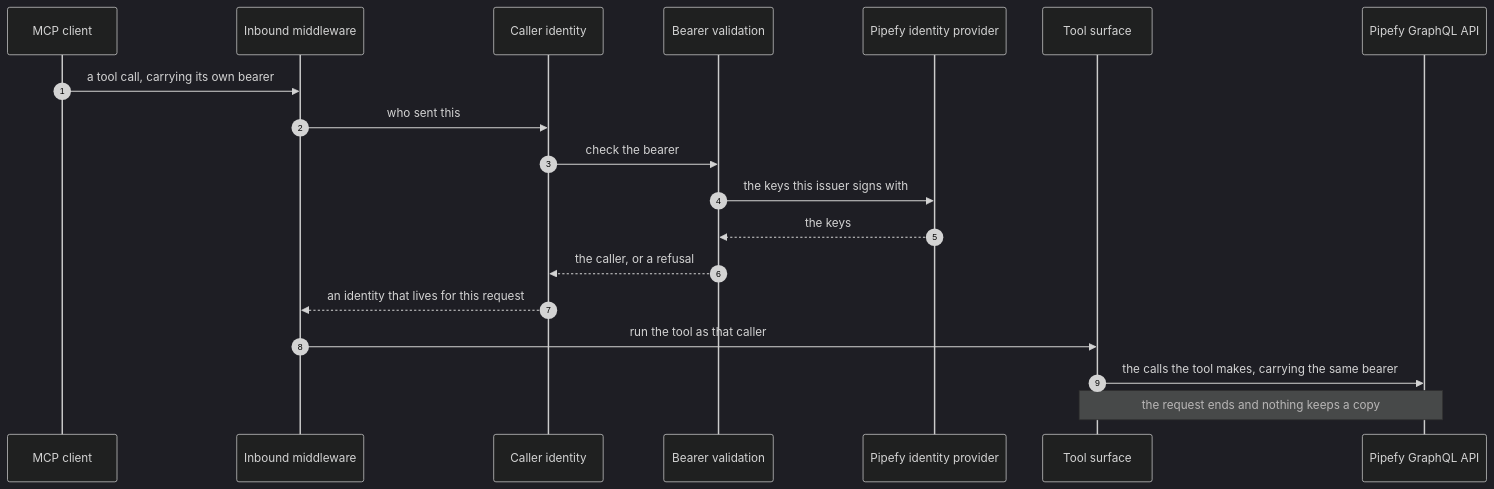
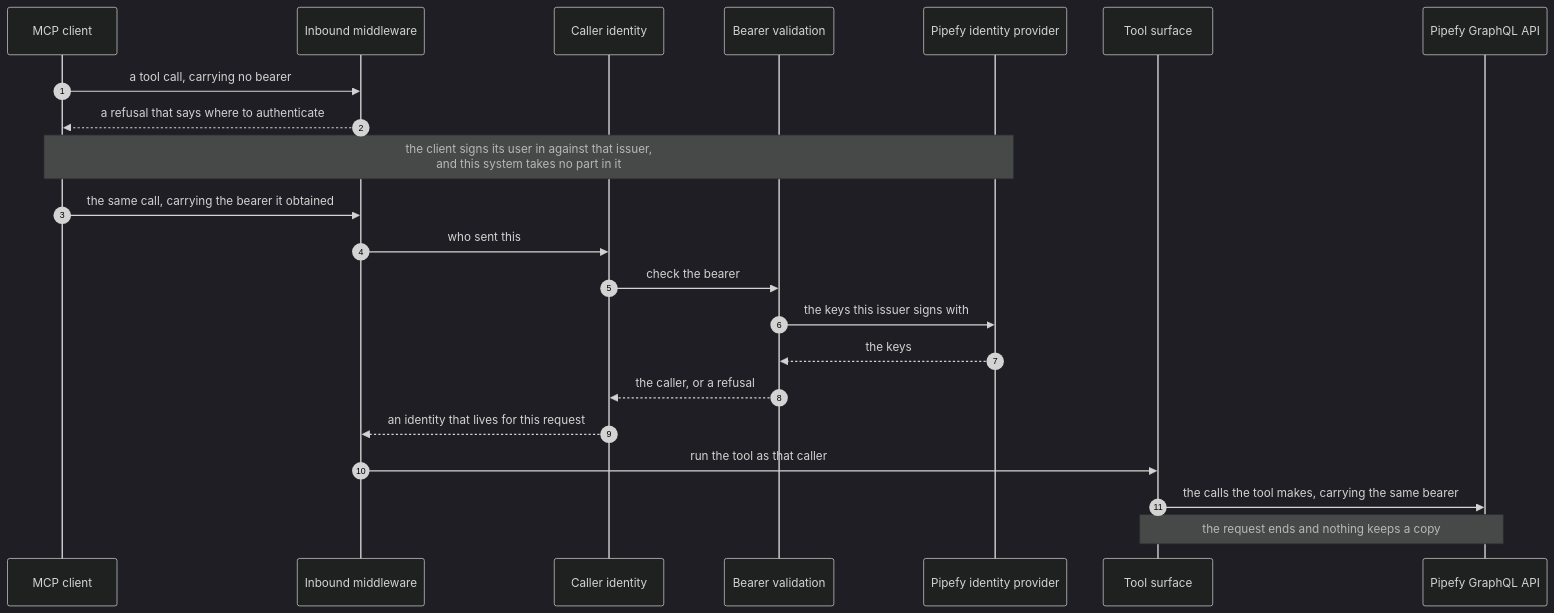
Before and after one commit to abhinyaay/ai-toolkit: the ninth of 10 diagrams in docs/contributing/architecture.md, drawn with Mermaid (dark theme). The commit also changed other lines of this file, not shown here.

Commit message:
docs: divide the remote roles between client and resource server

````diff
--- a/docs/contributing/architecture.md
+++ b/docs/contributing/architecture.md
@@ -512,22 +514,25 @@
 ```mermaid
 sequenceDiagram
     autonumber
     participant Client as MCP client
     participant Middleware as Inbound middleware
     participant Caller as Caller identity
     participant Verify as Bearer validation
     participant Idp as Pipefy identity provider
     participant Tool as Tool surface
     participant Api as Pipefy GraphQL API
 
-    Client->>Middleware: a tool call, carrying its own bearer
+    Client->>Middleware: a tool call, carrying no bearer
+    Middleware-->>Client: a refusal that says where to authenticate
+    Note over Client,Idp: the client signs its user in against that issuer,<br/>and this system takes no part in it
+    Client->>Middleware: the same call, carrying the bearer it obtained
     Middleware->>Caller: who sent this
     Caller->>Verify: check the bearer
     Verify->>Idp: the keys this issuer signs with
     Idp-->>Verify: the keys
     Verify-->>Caller: the caller, or a refusal
     Caller-->>Middleware: an identity that lives for this request
     Middleware->>Tool: run the tool as that caller
     Tool->>Api: the calls the tool makes, carrying the same bearer
     Note over Tool,Api: the request ends and nothing keeps a copy
 ```
````
